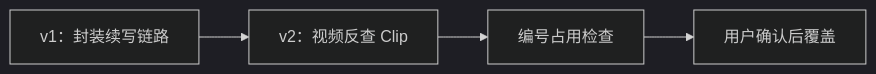
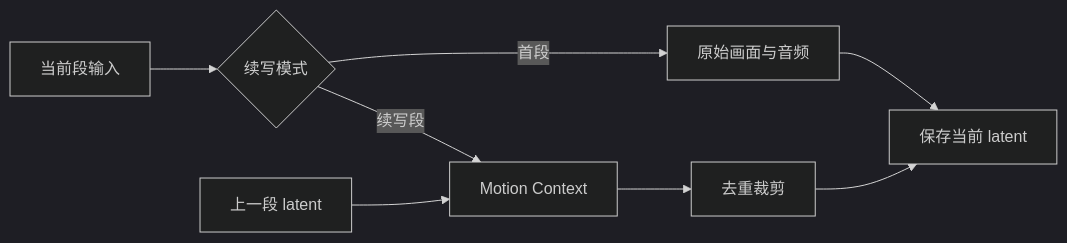
Before and after one commit to saber080420-create/motion-context-hybird: the diagram in README.md, drawn with Mermaid (dark theme). The commit also changed other lines of this file and 11 other files, not shown here.

````diff
--- a/README.md
+++ b/README.md
@@ -11,6 +28,10 @@
 ```mermaid
 flowchart LR
-    A[v1：封装续写链路] --> B[v2：视频反查 Clip]
-    B --> C[编号占用检查]
-    C --> D[用户确认后覆盖]
+    A[当前段输入] --> B{续写模式}
+    P[上一段 latent] --> C[Motion Context]
+    B -->|首段| D[原始画面与音频]
+    B -->|续写段| C
+    C --> E[去重裁剪]
+    D --> F[保存当前 latent]
+    E --> F
 ```
````
